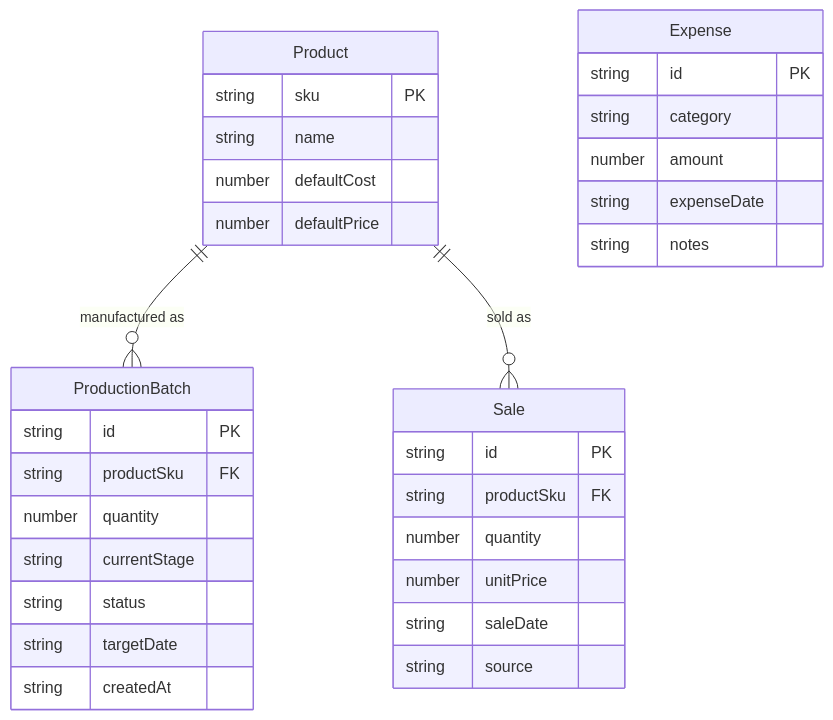
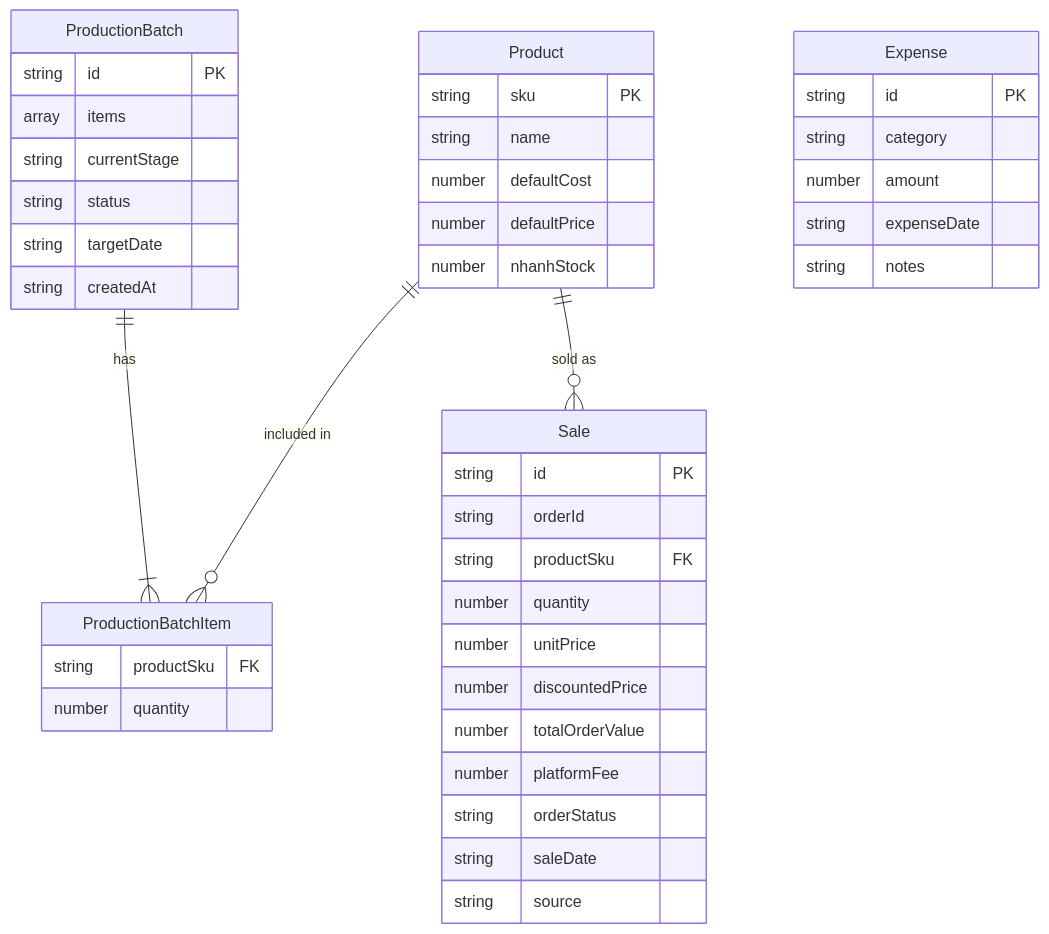
Before and after one commit to nhanthaith-cyber/Silence_Production: the diagram in docs/technology/database.md, drawn with Mermaid. The commit also changed other lines of this file and 2 other files, not shown here.

Commit message:
docs: update database schema, architecture flow, and requirements for page-specific Excel features and sandbox stock rules

````diff
--- a/docs/technology/database.md
+++ b/docs/technology/database.md
@@ -9,39 +9,50 @@
 ```mermaid
 erDiagram
     Product {
         string sku PK
         string name
         number defaultCost
         number defaultPrice
+        number nhanhStock
     }
     
     ProductionBatch {
         string id PK
-        string productSku FK
-        number quantity
+        array items
         string currentStage
         string status
         string targetDate
         string createdAt
     }
     
+    ProductionBatchItem {
+        string productSku FK
+        number quantity
+    }
+    
     Sale {
         string id PK
+        string orderId
         string productSku FK
         number quantity
         number unitPrice
+        number discountedPrice
+        number totalOrderValue
+        number platformFee
+        string orderStatus
         string saleDate
         string source
     }
     
     Expense {
         string id PK
         string category
         number amount
         string expenseDate
         string notes
     }
 
-    Product ||--o{ ProductionBatch : "manufactured as"
+    Product ||--o{ ProductionBatchItem : "included in"
+    ProductionBatch ||--|{ ProductionBatchItem : "has"
     Product ||--o{ Sale : "sold as"
 ```
````
